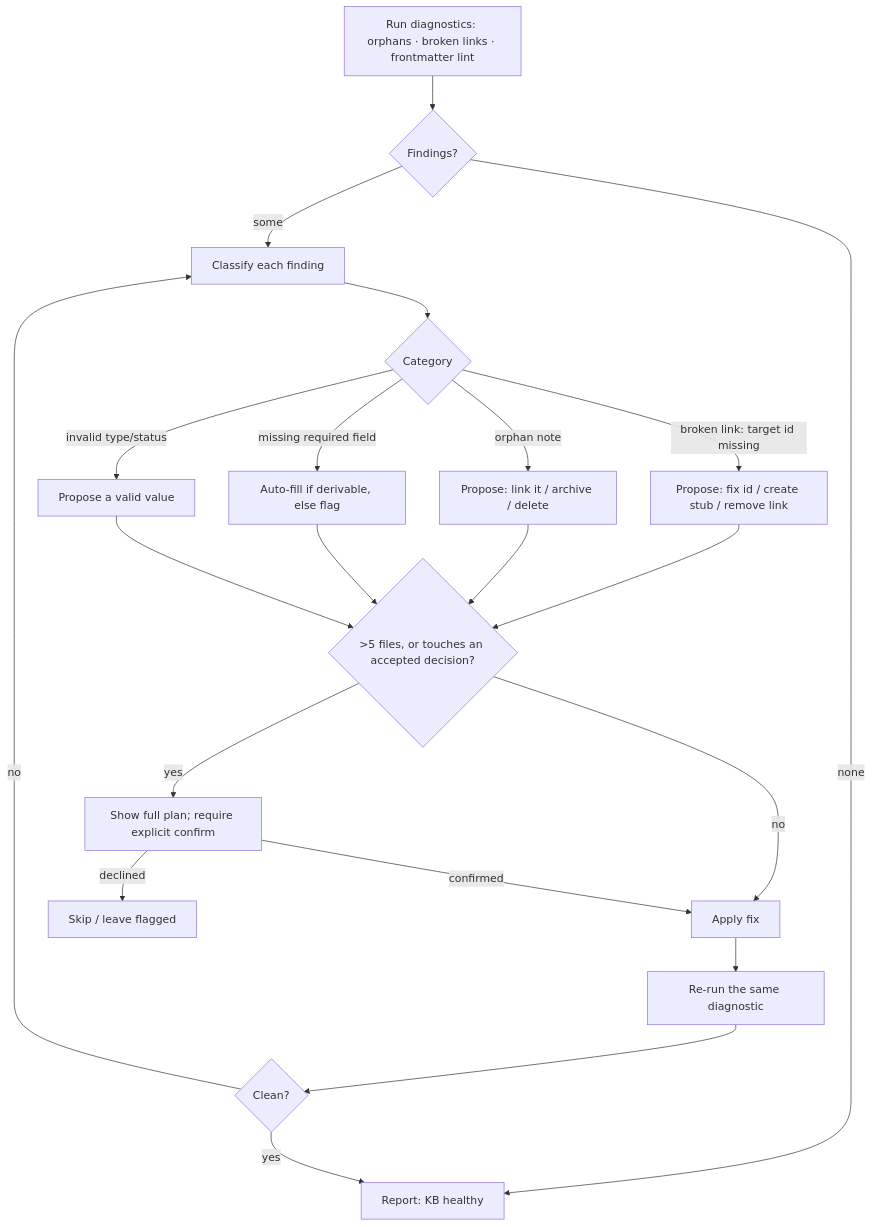
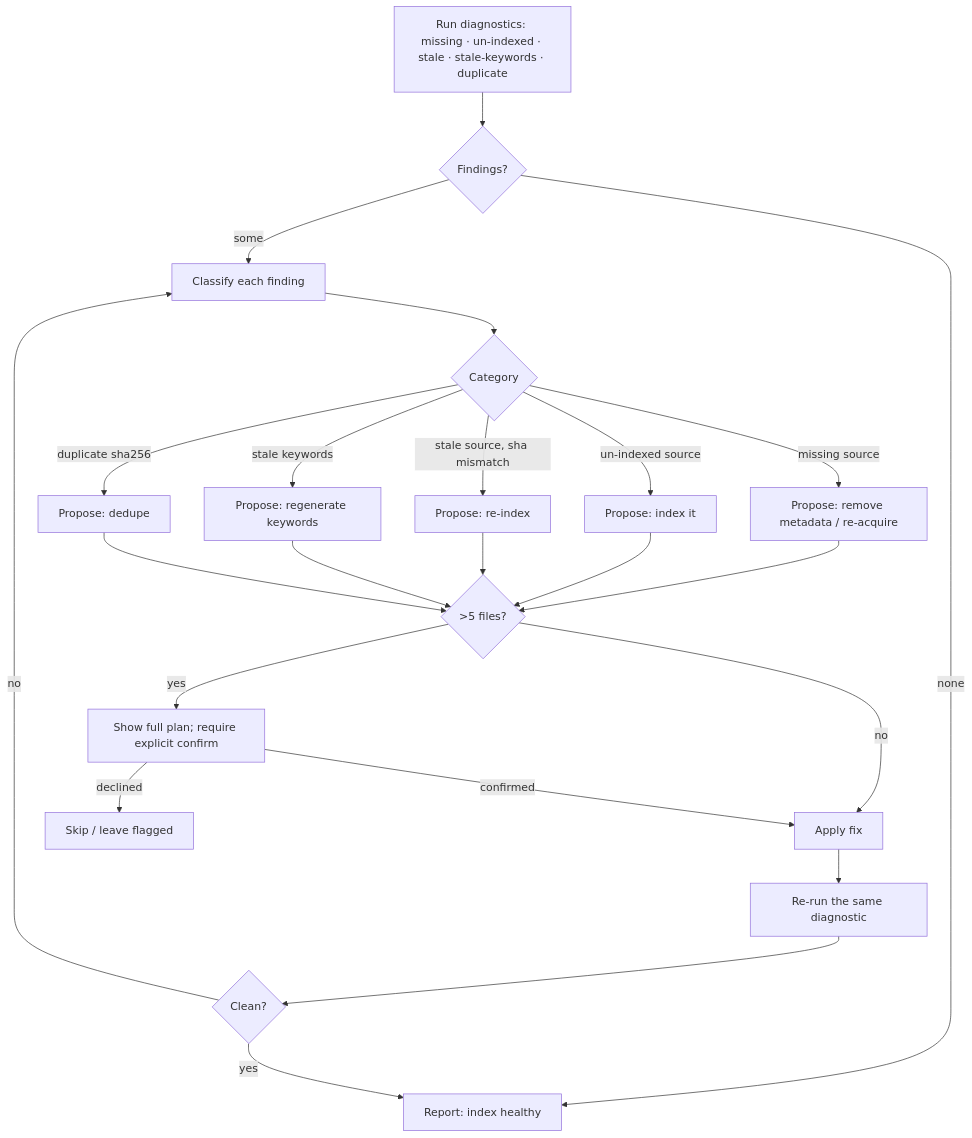
The diagram in skills/jarvis-doctor/references/diagnostics.md (eoinhurrell/jarvis), drawn with Mermaid before and after one commit. The commit also changed other lines of this file and 13 other files, not shown here.

````diff
--- a/skills/jarvis-doctor/references/diagnostics.md
+++ b/skills/jarvis-doctor/references/diagnostics.md
@@ -67,20 +62,21 @@
 ```mermaid
 flowchart TD
-  A[Run diagnostics: orphans · broken links · frontmatter lint] --> B{Findings?}
-  B -- none --> Z[Report: KB healthy]
+  A[Run diagnostics: missing · un-indexed · stale · stale-keywords · duplicate] --> B{Findings?}
+  B -- none --> Z[Report: index healthy]
   B -- some --> C[Classify each finding]
   C --> D{Category}
-  D -- broken link: target id missing --> E[Propose: fix id / create stub / remove link]
-  D -- orphan note --> F[Propose: link it / archive / delete]
-  D -- missing required field --> G[Auto-fill if derivable, else flag]
-  D -- invalid type/status --> H[Propose a valid value]
-  E & F & G & H --> I{>5 files, or touches an accepted decision?}
-  I -- yes --> J[Show full plan; require explicit confirm]
-  I -- no --> K[Apply fix]
-  J -- confirmed --> K
-  J -- declined --> L[Skip / leave flagged]
-  K --> M[Re-run the same diagnostic]
-  M --> N{Clean?}
-  N -- yes --> Z
-  N -- no --> C
+  D -- missing source --> E[Propose: remove metadata / re-acquire]
+  D -- un-indexed source --> F[Propose: index it]
+  D -- stale source, sha mismatch --> G[Propose: re-index]
+  D -- stale keywords --> H[Propose: regenerate keywords]
+  D -- duplicate sha256 --> I[Propose: dedupe]
+  E & F & G & H & I --> J{>5 files?}
+  J -- yes --> K[Show full plan; require explicit confirm]
+  J -- no --> L[Apply fix]
+  K -- confirmed --> L
+  K -- declined --> M[Skip / leave flagged]
+  L --> N[Re-run the same diagnostic]
+  N --> O{Clean?}
+  O -- yes --> Z
+  O -- no --> C
 ```
````
